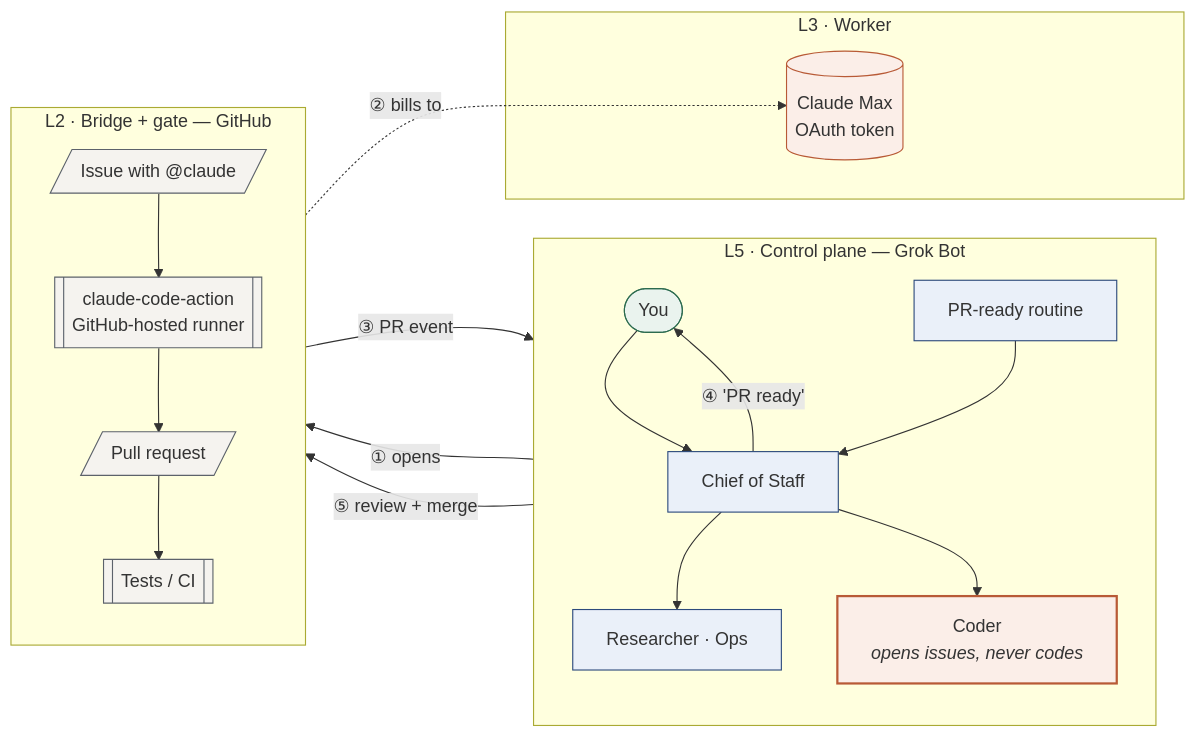
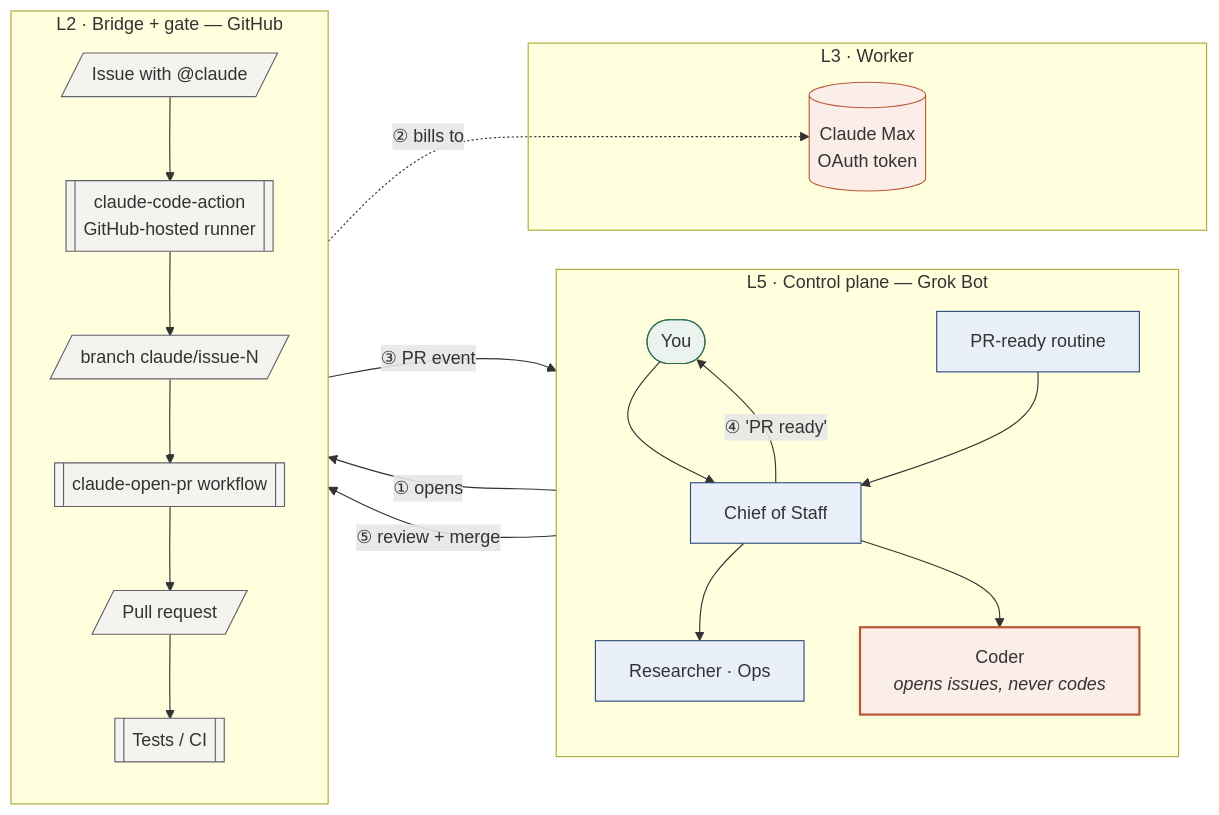
One commit to mathew-builds/Handoff changed the first of 4 diagrams in docs/01-architecture.md. Above: the diagram before and after it, drawn with Mermaid. The commit also changed other lines of this file and 18 other files, not shown here.

````diff
--- a/docs/01-architecture.md
+++ b/docs/01-architecture.md
@@ -17,40 +18,42 @@
 ```mermaid
 flowchart LR
     subgraph L5["L5 · Control plane — Grok Bot"]
         direction TB
         YOU([You]):::you
         COS[Chief of Staff]:::grok
         SPEC[Researcher · Ops]:::grok
         CODER[Coder<br/><i>opens issues, never codes</i>]:::coder
         RT[PR-ready routine]:::grok
         YOU --> COS
         COS --> SPEC
         COS --> CODER
         RT --> COS
     end
 
     subgraph L2["L2 · Bridge + gate — GitHub"]
         direction TB
         ISSUE[/"Issue with @claude"/]:::gh
         RUN[["claude-code-action<br/>GitHub-hosted runner"]]:::gh
         PR[/"Pull request"/]:::gh
         CI[["Tests / CI"]]:::gh
-        ISSUE --> RUN --> PR --> CI
+        BR[/"branch claude/issue-N"/]:::gh
+        OPR[["claude-open-pr workflow"]]:::gh
+        ISSUE --> RUN --> BR --> OPR --> PR --> CI
     end
 
     subgraph L3["L3 · Worker"]
         CLAUDE[("Claude Max<br/>OAuth token")]:::claude
     end
 
     CODER -- "① opens" --> ISSUE
     RUN -. "② bills to" .-> CLAUDE
     PR -- "③ PR event" --> RT
     COS -- "④ 'PR ready'" --> YOU
     YOU -- "⑤ review + merge" --> PR
 
     classDef you fill:#EAF3EE,stroke:#2C6B4F
     classDef grok fill:#EAF0F9,stroke:#2C4A7C
     classDef coder fill:#FBEEE8,stroke:#B85A36,stroke-width:2px
     classDef gh fill:#F5F3EF,stroke:#5C626B
     classDef claude fill:#FBEEE8,stroke:#B85A36
 ```
````
